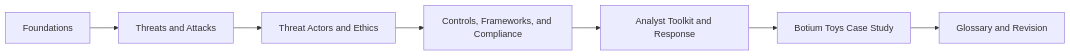
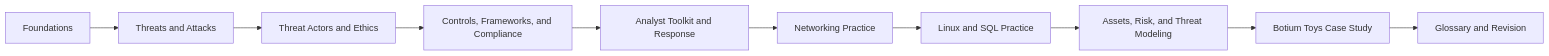
Before and after one commit to BlackCat-Sec/google-cybersecurity-study-guide: the diagram in README.md, drawn with Mermaid. The commit also changed other lines of this file and 20 other files, not shown here.

````diff
--- a/README.md
+++ b/README.md
@@ -25,9 +30,12 @@
 ```mermaid
 flowchart LR
     A["Foundations"] --> B["Threats and Attacks"]
     B --> C["Threat Actors and Ethics"]
     C --> D["Controls, Frameworks, and Compliance"]
     D --> E["Analyst Toolkit and Response"]
-    E --> F["Botium Toys Case Study"]
-    F --> G["Glossary and Revision"]
+    E --> F["Networking Practice"]
+    F --> G["Linux and SQL Practice"]
+    G --> H["Assets, Risk, and Threat Modeling"]
+    H --> I["Botium Toys Case Study"]
+    I --> J["Glossary and Revision"]
 ```
````
